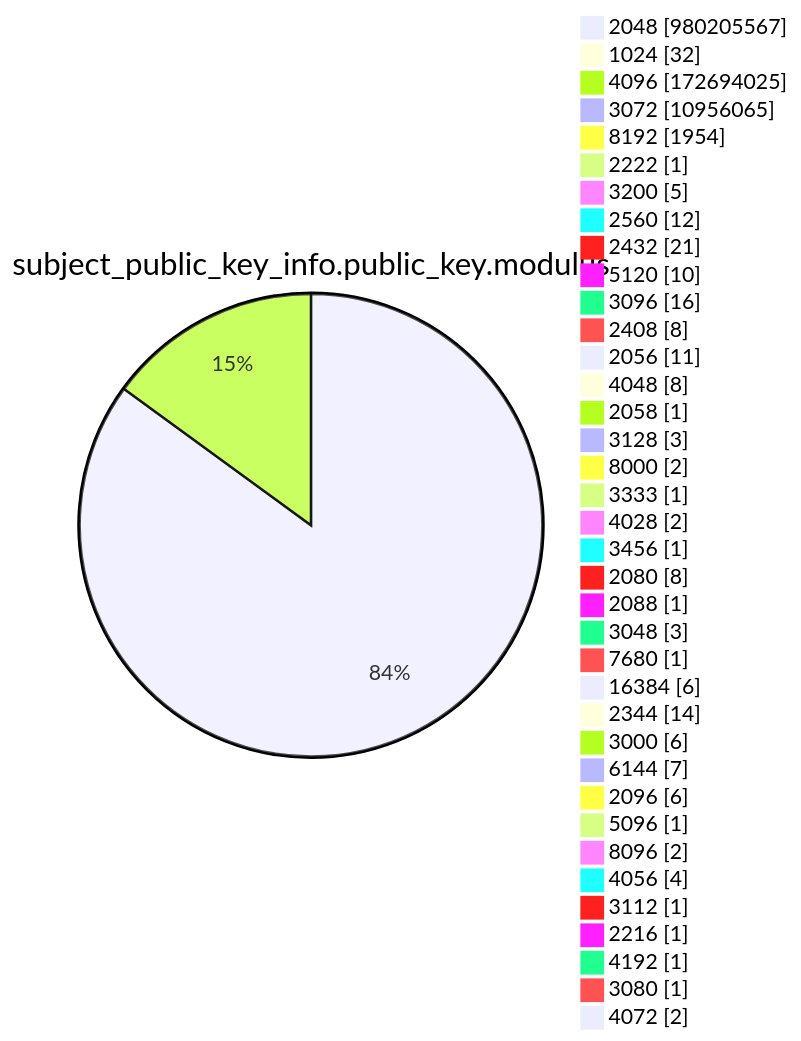
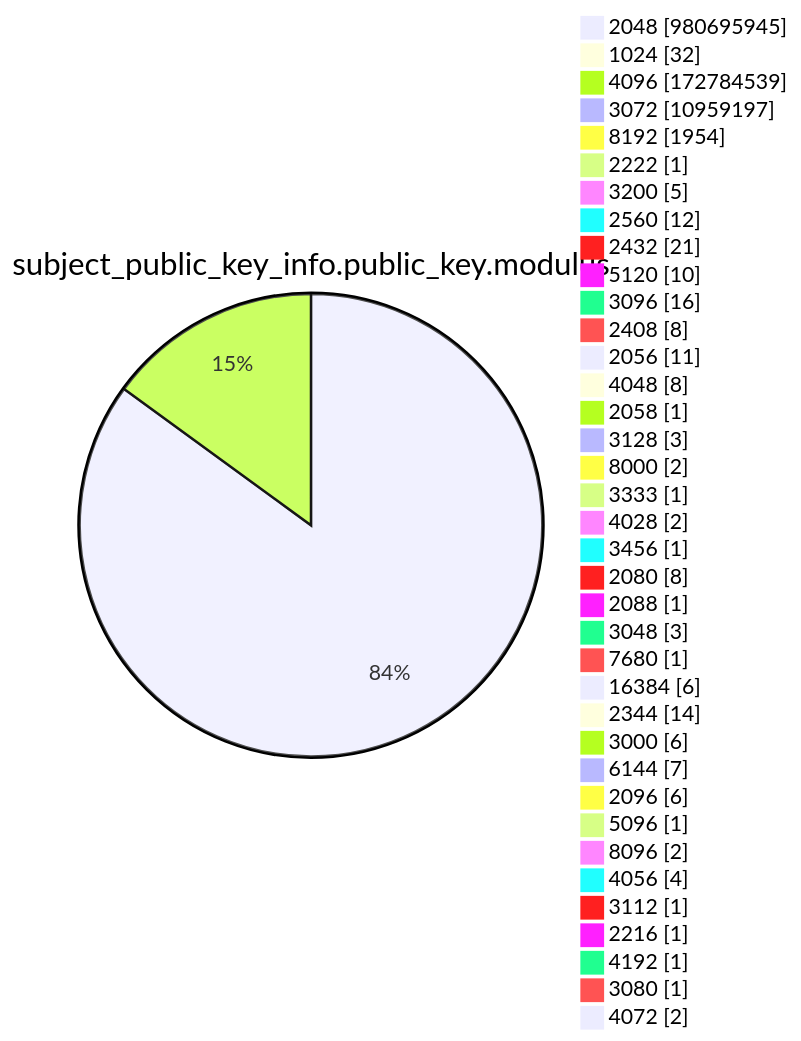
Diagram 13 of 15 in argon2022/README.md (christiankrug/ctmonitor_visualization), drawn with Mermaid before and after one commit. The commit also changed other lines of this file, not shown here.

````diff
--- a/argon2022/README.md
+++ b/argon2022/README.md
@@ -3587,41 +3587,41 @@
 ```mermaid
 pie showData
 title subject_public_key_info.public_key.modulus
-"2048" :980205567
+"2048" :980695945
 "1024" :32
-"4096" :172694025
-"3072" :10956065
+"4096" :172784539
+"3072" :10959197
 "8192" :1954
 "2222" :1
 "3200" :5
 "2560" :12
 "2432" :21
 "5120" :10
 "3096" :16
 "2408" :8
 "2056" :11
 "4048" :8
 "2058" :1
 "3128" :3
 "8000" :2
 "3333" :1
 "4028" :2
 "3456" :1
 "2080" :8
 "2088" :1
 "3048" :3
 "7680" :1
 "16384" :6
 "2344" :14
 "3000" :6
 "6144" :7
 "2096" :6
 "5096" :1
 "8096" :2
 "4056" :4
 "3112" :1
 "2216" :1
 "4192" :1
 "3080" :1
 "4072" :2
 ```
````
